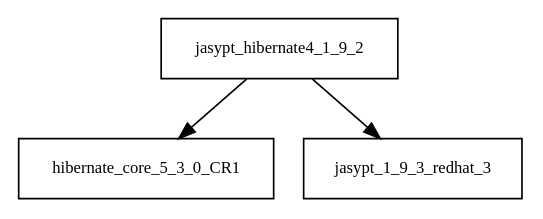
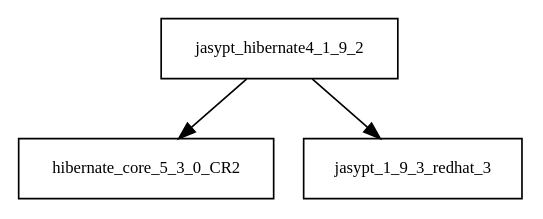
One commit to sjvs/cia changed the diagram in tattleTaleReport/graphviz/jasypt-hibernate4-1.9.2.jar/jasypt-hibernate4-1.9.2.jar.dot. Above: the diagram before and after it, drawn with Graphviz. The commit also changed 1764 other files, not shown here.

```diff
--- a/tattleTaleReport/graphviz/jasypt-hibernate4-1.9.2.jar/jasypt-hibernate4-1.9.2.jar.dot
+++ b/tattleTaleReport/graphviz/jasypt-hibernate4-1.9.2.jar/jasypt-hibernate4-1.9.2.jar.dot
@@ -1,5 +1,5 @@
 digraph jasypt_hibernate4_1_9_2_dependencies {
   node [shape = box, fontsize=10.0];
-  jasypt_hibernate4_1_9_2 -> hibernate_core_5_3_0_CR1;
+  jasypt_hibernate4_1_9_2 -> hibernate_core_5_3_0_CR2;
   jasypt_hibernate4_1_9_2 -> jasypt_1_9_3_redhat_3;
 }
```
